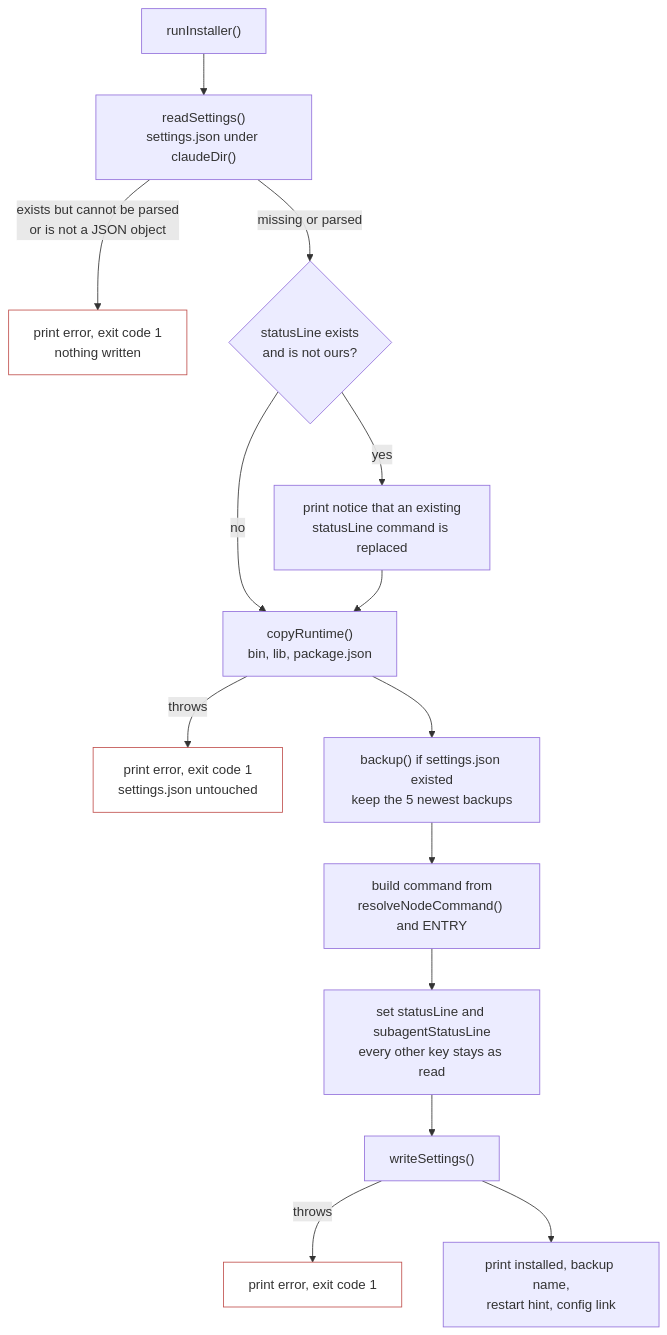
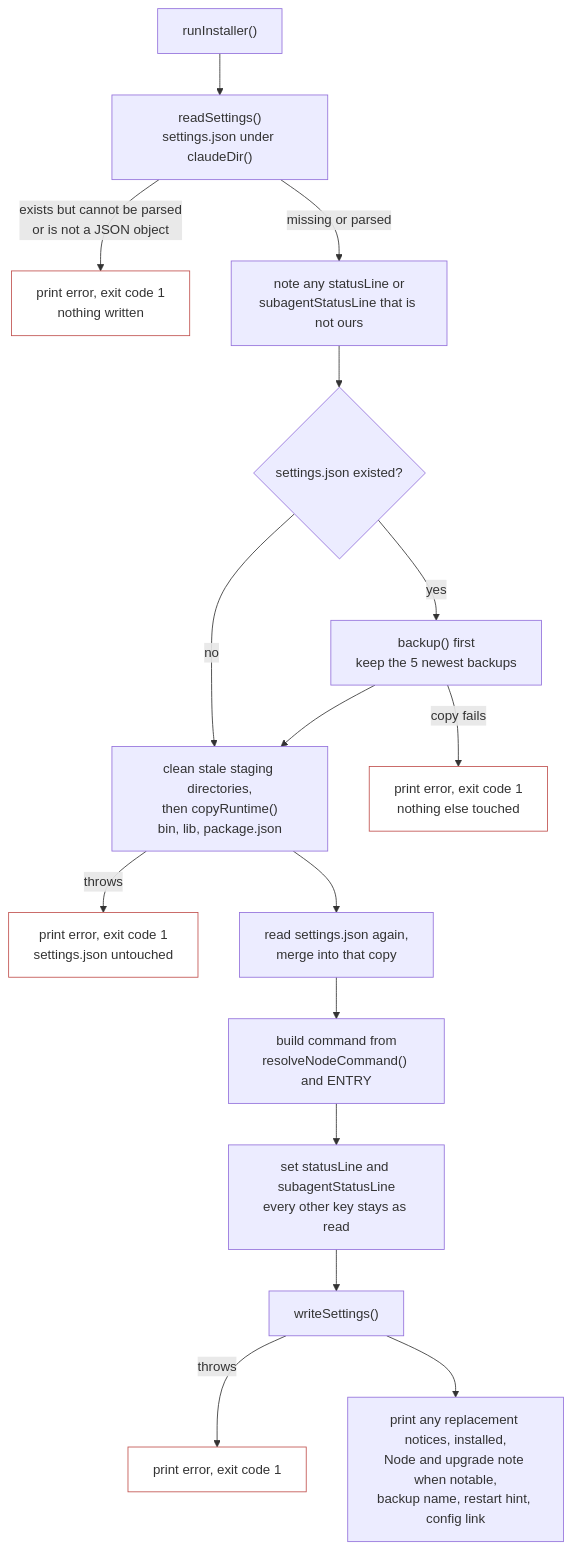
The second of 4 diagrams in diagrams/install-flow.md (carterptull/ampline-claude), drawn with Mermaid before and after one commit. The commit also changed other lines of this file and 6 other files, not shown here.

First line of the commit message:
docs: refresh the install diagram, record the 1.0 limits and drop audit ids

````diff
--- a/diagrams/install-flow.md
+++ b/diagrams/install-flow.md
@@ -43,20 +43,23 @@
 ```mermaid
 flowchart TD
     A["runInstaller()"] --> B["readSettings()<br/>settings.json under claudeDir()"]
     B -->|"exists but cannot be parsed<br/>or is not a JSON object"| X1["print error, exit code 1<br/>nothing written"]
-    B -->|"missing or parsed"| C{"statusLine exists<br/>and is not ours?"}
-    C -->|"yes"| N["print notice that an existing<br/>statusLine command is replaced"]
-    C -->|"no"| D
-    N --> D["copyRuntime()<br/>bin, lib, package.json"]
+    B -->|"missing or parsed"| C["note any statusLine or<br/>subagentStatusLine that is not ours"]
+    C --> E{"settings.json existed?"}
+    E -->|"yes"| BK["backup() first<br/>keep the 5 newest backups"]
+    E -->|"no"| D
+    BK -->|"copy fails"| X4["print error, exit code 1<br/>nothing else touched"]
+    BK --> D["clean stale staging directories,<br/>then copyRuntime()<br/>bin, lib, package.json"]
     D -->|"throws"| X2["print error, exit code 1<br/>settings.json untouched"]
-    D --> E["backup() if settings.json existed<br/>keep the 5 newest backups"]
-    E --> F["build command from<br/>resolveNodeCommand() and ENTRY"]
+    D --> R["read settings.json again,<br/>merge into that copy"]
+    R --> F["build command from<br/>resolveNodeCommand() and ENTRY"]
     F --> G["set statusLine and subagentStatusLine<br/>every other key stays as read"]
     G --> W["writeSettings()"]
     W -->|"throws"| X3["print error, exit code 1"]
-    W --> S["print installed, backup name,<br/>restart hint, config link"]
+    W --> S["print any replacement notices, installed,<br/>Node and upgrade note when notable,<br/>backup name, restart hint, config link"]
 
     style X1 fill:transparent,stroke:#c0504d
     style X2 fill:transparent,stroke:#c0504d
     style X3 fill:transparent,stroke:#c0504d
+    style X4 fill:transparent,stroke:#c0504d
 ```
````
